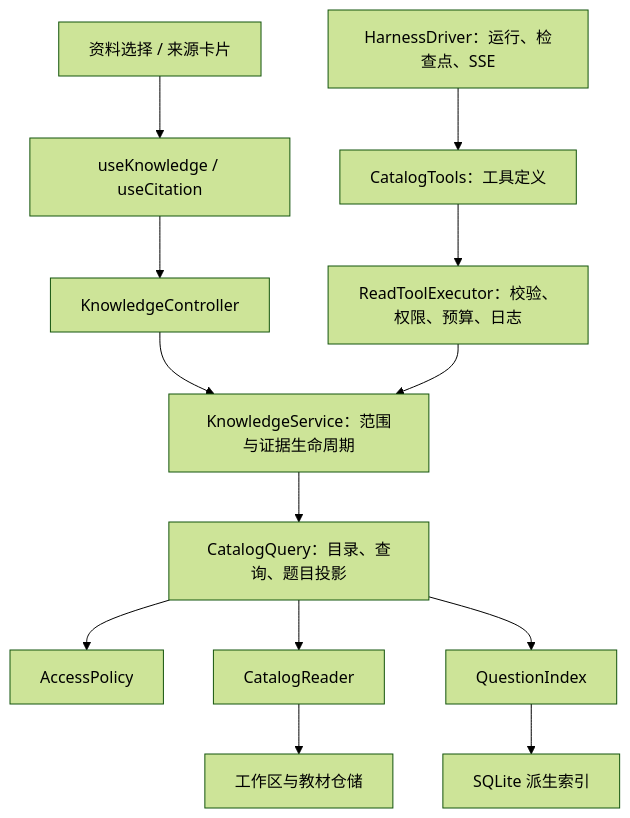
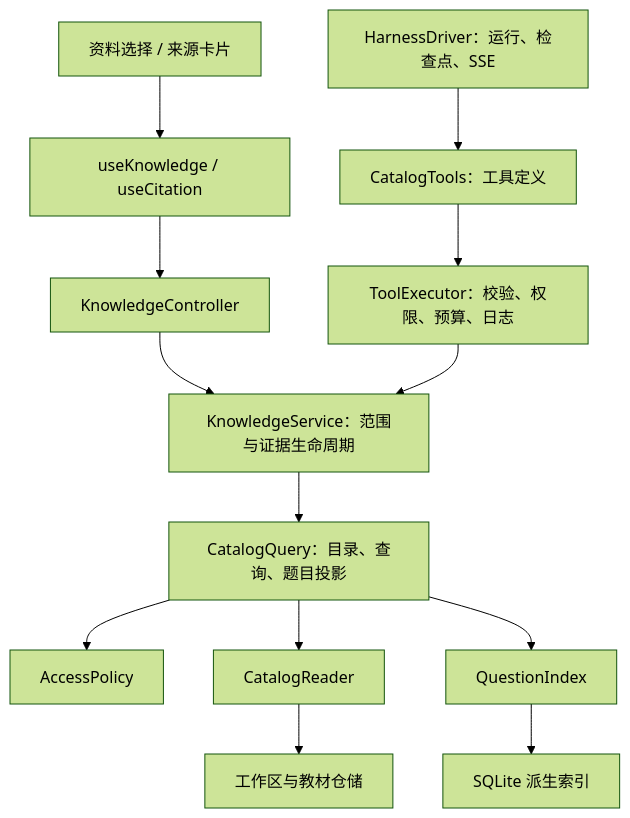
One commit to BY-Elysia/question_bank_auto changed the diagram in docs/assistant-knowledge.md. Above: the diagram before and after it, drawn with Mermaid (forest theme). The commit also changed other lines of this file and 69 other files, not shown here.

````diff
--- a/docs/assistant-knowledge.md
+++ b/docs/assistant-knowledge.md
@@ -7,15 +7,15 @@
 ```mermaid
 flowchart TD
   UI[资料选择 / 来源卡片] --> Hooks[useKnowledge / useCitation]
   Hooks --> API[KnowledgeController]
   API --> Knowledge[KnowledgeService：范围与证据生命周期]
   Harness[HarnessDriver：运行、检查点、SSE] --> Registry[CatalogTools：工具定义]
-  Registry --> Executor[ReadToolExecutor：校验、权限、预算、日志]
+  Registry --> Executor[ToolExecutor：校验、权限、预算、日志]
   Executor --> Knowledge
   Knowledge --> Query[CatalogQuery：目录、查询、题目投影]
   Query --> Policy[AccessPolicy]
   Query --> Reader[CatalogReader]
   Query --> Index[QuestionIndex]
   Reader --> Files[工作区与教材仓储]
   Index --> SQLite[SQLite 派生索引]
 ```
````
